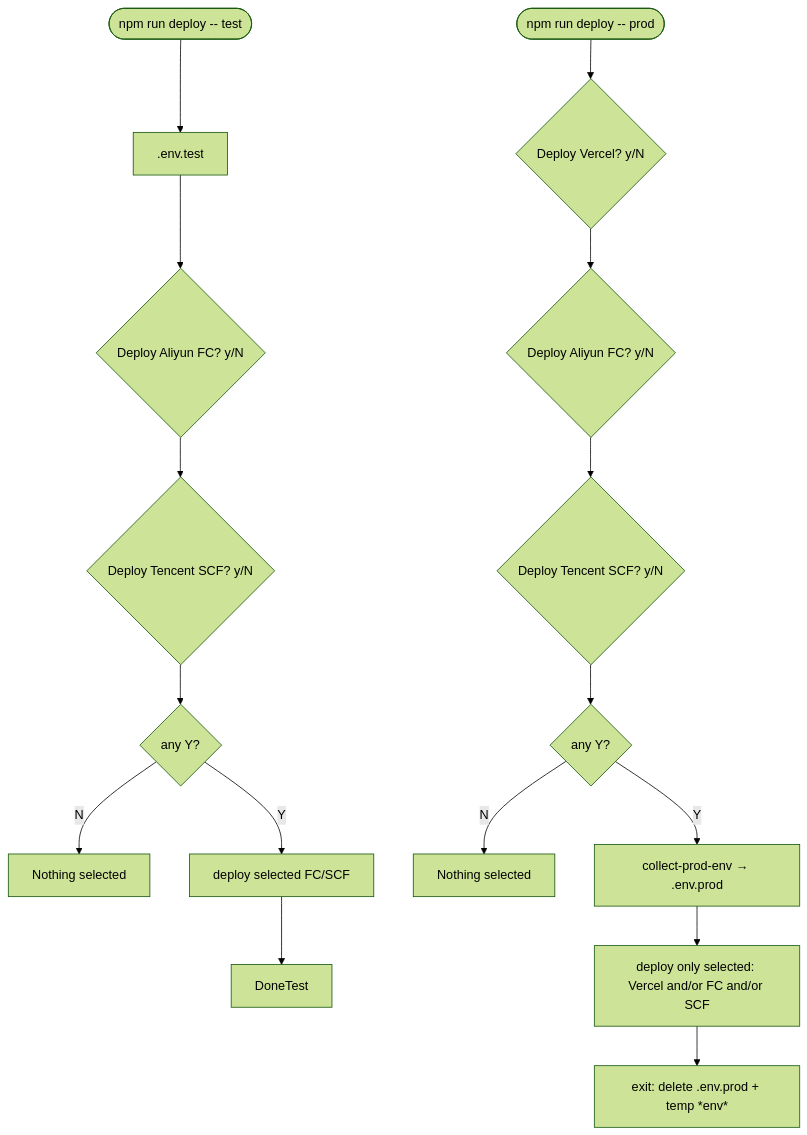
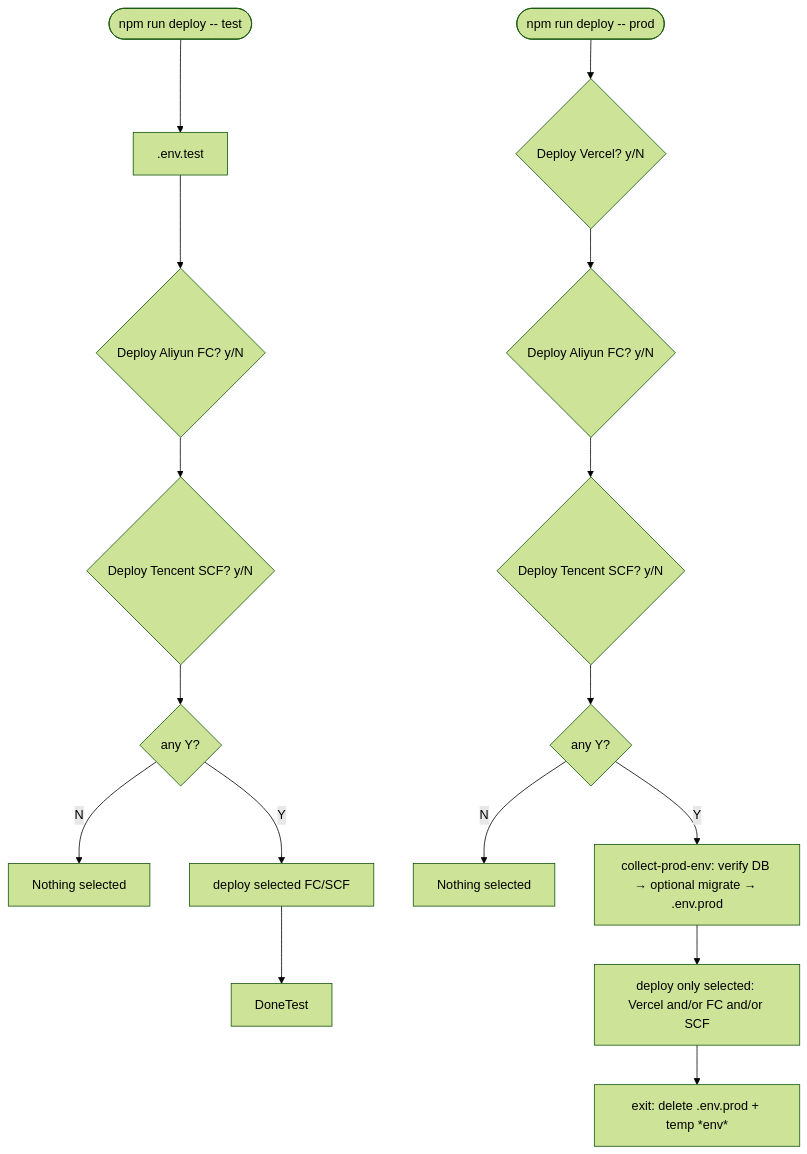
One commit to madokast/DigitalTwin2026 changed the second of 2 diagrams in docs/20260802-faas-multi-cloud.md. Above: the diagram before and after it, drawn with Mermaid (forest theme). The commit also changed other lines of this file and 5 other files, not shown here.

First line of the commit message:
Offer optional drizzle migrate after prod DATABASE_URL verification.

````diff
--- a/docs/20260802-faas-multi-cloud.md
+++ b/docs/20260802-faas-multi-cloud.md
@@ -150,19 +150,19 @@
 ```mermaid
 flowchart TD
   StartTest([npm run deploy -- test]) --> EnvTest[.env.test]
   EnvTest --> AskFC1{Deploy Aliyun FC? y/N}
   AskFC1 --> AskSCF1{Deploy Tencent SCF? y/N}
   AskSCF1 --> AnyTest{any Y?}
   AnyTest -->|N| ExitTest[Nothing selected]
   AnyTest -->|Y| RunTest[deploy selected FC/SCF]
   RunTest --> DoneTest
 
   StartProd([npm run deploy -- prod]) --> AskV{Deploy Vercel? y/N}
   AskV --> AskFC2{Deploy Aliyun FC? y/N}
   AskFC2 --> AskSCF2{Deploy Tencent SCF? y/N}
   AskSCF2 --> AnyProd{any Y?}
   AnyProd -->|N| ExitProd[Nothing selected]
-  AnyProd -->|Y| Collect[collect-prod-env → .env.prod]
+  AnyProd -->|Y| Collect[collect-prod-env: verify DB → optional migrate → .env.prod]
   Collect --> RunProd[deploy only selected: Vercel and/or FC and/or SCF]
   RunProd --> Cleanup[exit: delete .env.prod + temp *env*]
 ```
````
